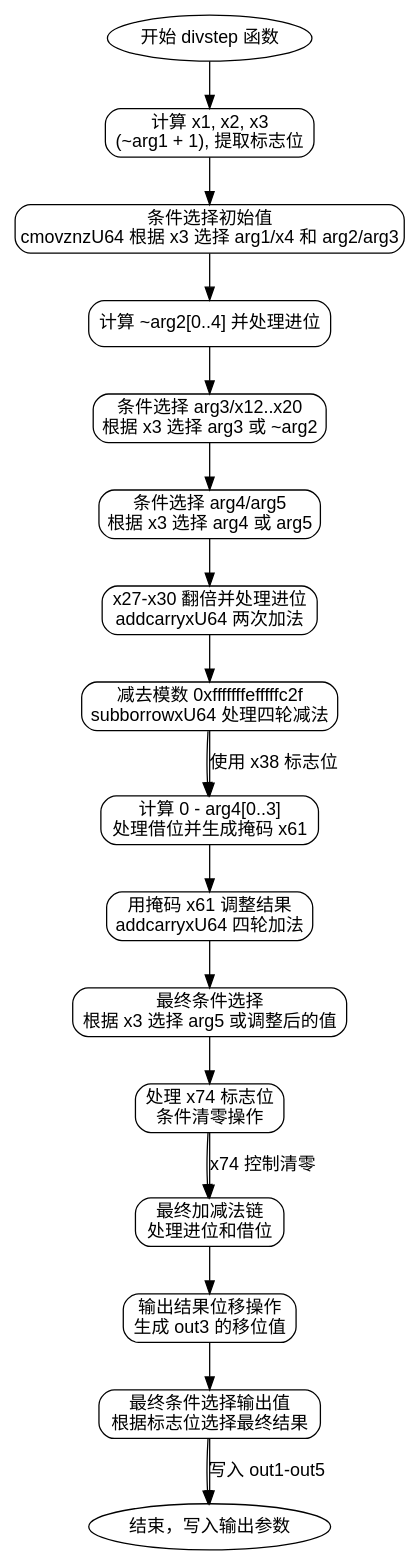
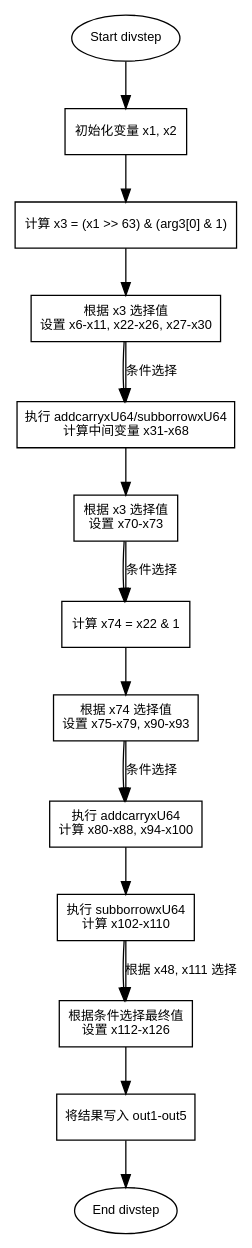
Before and after one commit to sdzx-1/deepseek-zig-reader: the diagram in dot_std/crypto/pcurves/secp256k1/secp256k1_64.zig.divstep.md, drawn with Graphviz. The commit also changed other lines of this file and 236 other files, not shown here.

````diff
--- a/dot_std/crypto/pcurves/secp256k1/secp256k1_64.zig.divstep.md
+++ b/dot_std/crypto/pcurves/secp256k1/secp256k1_64.zig.divstep.md
@@ -32,46 +29,48 @@
-```dot
+```graphviz
 digraph flowchart {
-    node [shape=rectangle, style="rounded", fontname="Arial"];
-    edge [fontname="Arial"];
-    rankdir=TB;
+    node [shape=rectangle, fontname="Arial", fontsize=10];
+    edge [fontname="Arial", fontsize=10];
 
-    start [label="开始 divstep 函数", shape=ellipse];
-    end [label="结束，写入输出参数", shape=ellipse];
+    start [label="Start divstep", shape=ellipse];
+    end [label="End divstep", shape=ellipse];
 
-    compute_x1_x3 [label="计算 x1, x2, x3\n(~arg1 + 1), 提取标志位"];
-    cmovznz_initial [label="条件选择初始值\ncmovznzU64 根据 x3 选择 arg1/x4 和 arg2/arg3"];
-    compute_neg_arg2 [label="计算 ~arg2[0..4] 并处理进位"];
-    cmovznz_arg3 [label="条件选择 arg3/x12..x20\n根据 x3 选择 arg3 或 ~arg2"];
-    cmovznz_arg4_arg5 [label="条件选择 arg4/arg5\n根据 x3 选择 arg4 或 arg5"];
-    double_x27_x30 [label="x27-x30 翻倍并处理进位\naddcarryxU64 两次加法"];
-    sub_modulus [label="减去模数 0xfffffffefffffc2f\nsubborrowxU64 处理四轮减法"];
-    compute_neg_arg4 [label="计算 0 - arg4[0..3]\n处理借位并生成掩码 x61"];
-    adjust_with_mask [label="用掩码 x61 调整结果\naddcarryxU64 四轮加法"];
-    cmovznz_final [label="最终条件选择\n根据 x3 选择 arg5 或调整后的值"];
-    handle_x74 [label="处理 x74 标志位\n条件清零操作"];
-    final_add_sub [label="最终加减法链\n处理进位和借位"];
-    output_shifts [label="输出结果位移操作\n生成 out3 的移位值"];
-    cmovznz_outputs [label="最终条件选择输出值\n根据标志位选择最终结果"];
+    // 初始化和条件分支
+    init_vars [label="初始化变量 x1, x2"];
+    compute_x3 [label="计算 x3 = (x1 >> 63) & (arg3[0] & 1)"];
+    cmovznz_block1 [label="根据 x3 选择值\n设置 x6-x11, x22-x26, x27-x30"];
 
-    start -> compute_x1_x3;
-    compute_x1_x3 -> cmovznz_initial;
-    cmovznz_initial -> compute_neg_arg2;
-    compute_neg_arg2 -> cmovznz_arg3;
-    cmovznz_arg3 -> cmovznz_arg4_arg5;
-    cmovznz_arg4_arg5 -> double_x27_x30;
-    double_x27_x30 -> sub_modulus;
-    sub_modulus -> compute_neg_arg4;
-    compute_neg_arg4 -> adjust_with_mask;
-    adjust_with_mask -> cmovznz_final;
-    cmovznz_final -> handle_x74;
-    handle_x74 -> final_add_sub;
-    final_add_sub -> output_shifts;
-    output_shifts -> cmovznz_outputs;
-    cmovznz_outputs -> end;
+    // 算术运算块
+    addcarry_subborrow_block [label="执行 addcarryxU64/subborrowxU64\n计算中间变量 x31-x68"];
+    cmovznz_block2 [label="根据 x3 选择值\n设置 x70-x73"];
 
-    // 关键路径标注
-    sub_modulus -> compute_neg_arg4 [label="使用 x38 标志位"];
-    handle_x74 -> final_add_sub [label="x74 控制清零"];
-    cmovznz_outputs -> end [label="写入 out1-out5"];
+    // 位操作和条件分支
+    compute_x74 [label="计算 x74 = x22 & 1"];
+    cmovznz_block3 [label="根据 x74 选择值\n设置 x75-x79, x90-x93"];
+    addcarry_block2 [label="执行 addcarryxU64\n计算 x80-x88, x94-x100"];
+    subborrow_block [label="执行 subborrowxU64\n计算 x102-x110"];
+
+    // 最终结果处理
+    final_cmovznz [label="根据条件选择最终值\n设置 x112-x126"];
+    assign_outputs [label="将结果写入 out1-out5"];
+
+    // 连接节点
+    start -> init_vars;
+    init_vars -> compute_x3;
+    compute_x3 -> cmovznz_block1;
+    cmovznz_block1 -> addcarry_subborrow_block;
+    addcarry_subborrow_block -> cmovznz_block2;
+    cmovznz_block2 -> compute_x74;
+    compute_x74 -> cmovznz_block3;
+    cmovznz_block3 -> addcarry_block2;
+    addcarry_block2 -> subborrow_block;
+    subborrow_block -> final_cmovznz;
+    final_cmovznz -> assign_outputs;
+    assign_outputs -> end;
+
+    // 条件分支示例（示意性连接）
+    cmovznz_block1 -> addcarry_subborrow_block [label="条件选择"];
+    cmovznz_block2 -> compute_x74 [label="条件选择"];
+    cmovznz_block3 -> addcarry_block2 [label="条件选择"];
+    subborrow_block -> final_cmovznz [label="根据 x48, x111 选择"];
 }
-```
+``` 
````
